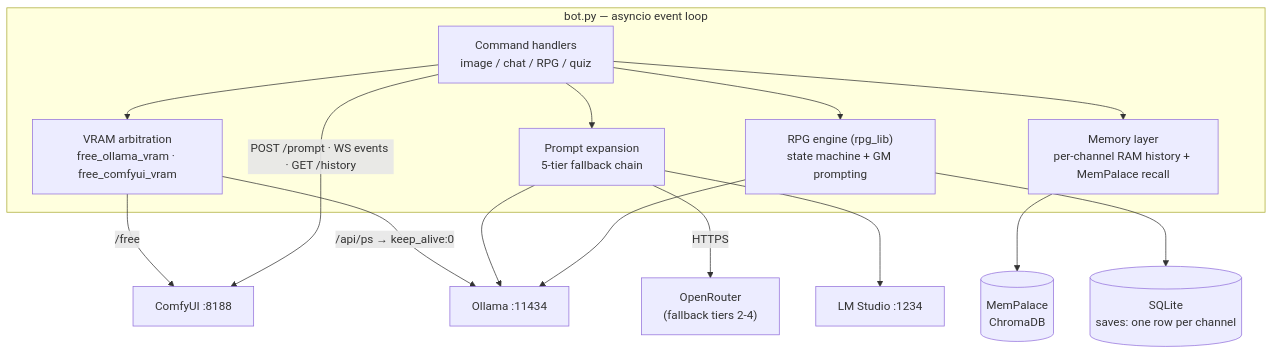
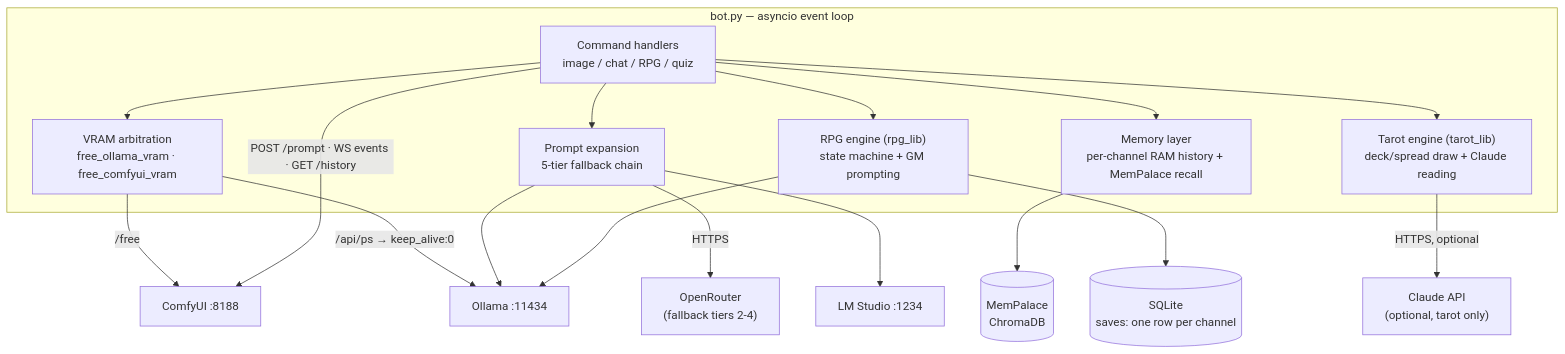
The second of 3 diagrams in docs/architecture.md (Luca135007/hermas-architecture), drawn with Mermaid before and after one commit. The commit also changed other lines of this file and 3 other files, not shown here.

First line of the commit message:
Document tarot reading feature (Claude API, no-VRAM cloud workload)

````diff
--- a/docs/architecture.md
+++ b/docs/architecture.md
@@ -34,30 +37,34 @@
 ```mermaid
 graph TB
     subgraph bot["bot.py — asyncio event loop"]
         cmds["Command handlers<br/>image / chat / RPG / quiz"]
         arb["VRAM arbitration<br/>free_ollama_vram · free_comfyui_vram"]
         expand["Prompt expansion<br/>5-tier fallback chain"]
         memory["Memory layer<br/>per-channel RAM history + MemPalace recall"]
         rpg["RPG engine (rpg_lib)<br/>state machine + GM prompting"]
+        tarot["Tarot engine (tarot_lib)<br/>deck/spread draw + Claude reading"]
     end
     comfy["ComfyUI :8188"]
     ollama["Ollama :11434"]
     lms["LM Studio :1234"]
     openrouter["OpenRouter<br/>(fallback tiers 2-4)"]
+    anthropic["Claude API<br/>(optional, tarot only)"]
     chroma[("MemPalace<br/>ChromaDB")]
     sqlite[("SQLite<br/>saves: one row per channel")]
 
     cmds --> arb
     cmds --> expand
     cmds --> memory
     cmds --> rpg
+    cmds --> tarot
     arb -->|"/free"| comfy
     arb -->|"/api/ps → keep_alive:0"| ollama
     expand --> ollama
     expand -->|"HTTPS"| openrouter
     expand --> lms
     memory --> chroma
     rpg --> sqlite
     rpg --> ollama
+    tarot -->|"HTTPS, optional"| anthropic
     cmds -->|"POST /prompt · WS events · GET /history"| comfy
 ```
````
